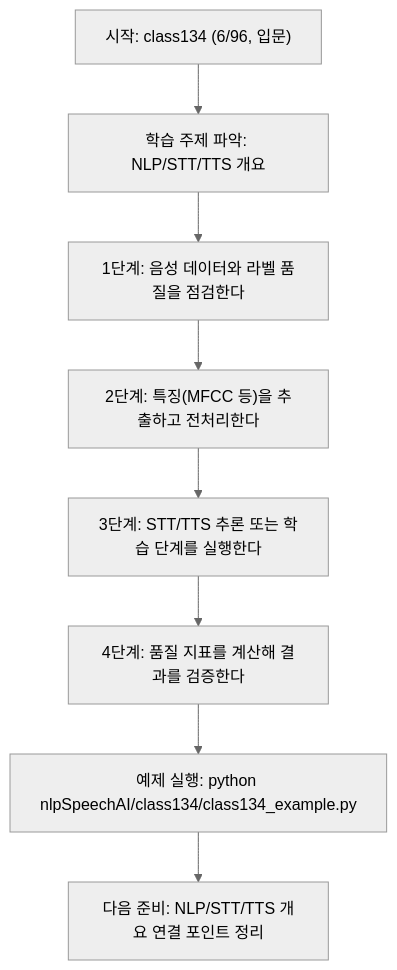
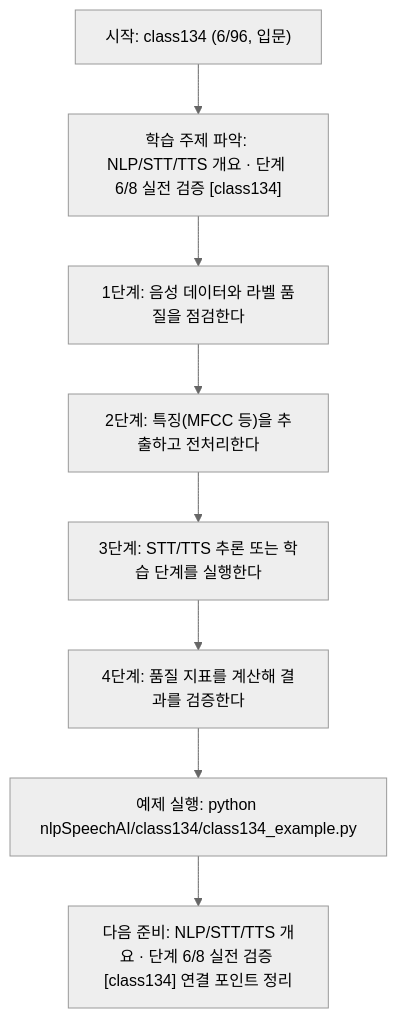
Before and after one commit to edumgt/Python-AI_Agent-Class: the diagram in nlpSpeechAI/class134/class134.md, drawn with Mermaid (neutral theme). The commit also changed other lines of this file and 522 other files, not shown here.

````diff
--- a/nlpSpeechAI/class134/class134.md
+++ b/nlpSpeechAI/class134/class134.md
@@ -114,18 +115,18 @@
 ```mermaid
 flowchart TD
 N1["시작: class134 (6/96, 입문)"]
-N2["학습 주제 파악: NLP/STT/TTS 개요"]
+N2["학습 주제 파악: NLP/STT/TTS 개요 · 단계 6/8 실전 검증 [class134]"]
 N3["1단계: 음성 데이터와 라벨 품질을 점검한다"]
 N4["2단계: 특징(MFCC 등)을 추출하고 전처리한다"]
 N5["3단계: STT/TTS 추론 또는 학습 단계를 실행한다"]
 N6["4단계: 품질 지표를 계산해 결과를 검증한다"]
 N7["예제 실행: python nlpSpeechAI/class134/class134_example.py"]
-N8["다음 준비: NLP/STT/TTS 개요 연결 포인트 정리"]
+N8["다음 준비: NLP/STT/TTS 개요 · 단계 6/8 실전 검증 [class134] 연결 포인트 정리"]
 N1 --> N2
 N2 --> N3
 N3 --> N4
 N4 --> N5
 N5 --> N6
 N6 --> N7
 N7 --> N8
 ```
````
